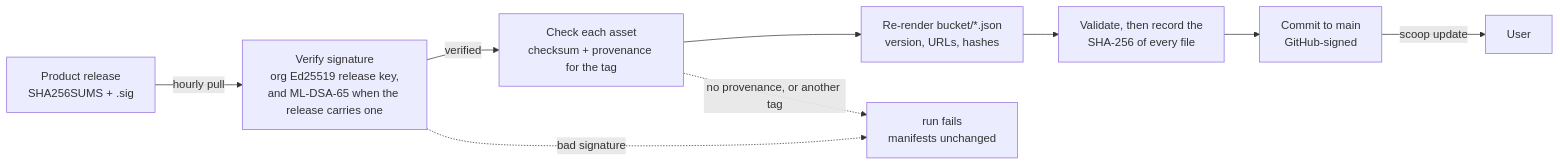
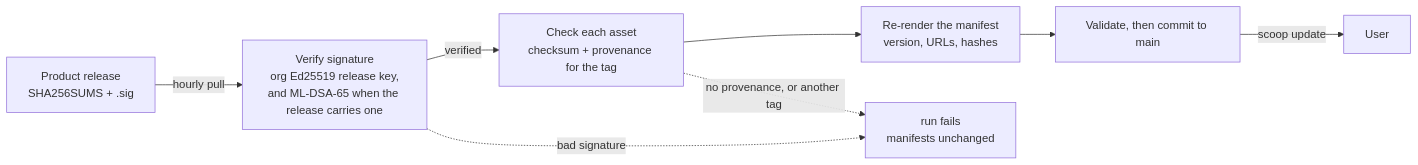
One commit to Glyndor/scoop-bucket changed the diagram in README.md. Above: the diagram before and after it, drawn with Mermaid. The commit also changed other lines of this file, not shown here.

````diff
--- a/README.md
+++ b/README.md
@@ -60,11 +70,10 @@
 ```mermaid
 flowchart LR
   R["Product release<br/>SHA256SUMS + .sig"] -->|hourly pull| V["Verify signature<br/>org Ed25519 release key,<br/>and ML-DSA-65 when the release carries one"]
   V -->|verified| P["Check each asset<br/>checksum + provenance for the tag"]
-  P --> G["Re-render bucket/*.json<br/>version, URLs, hashes"]
-  G --> D["Validate, then record the<br/>SHA-256 of every file"]
-  D --> C["Commit to main<br/>GitHub-signed"]
+  P --> G["Re-render the manifest<br/>version, URLs, hashes"]
+  G --> C["Validate, then commit to main"]
   C -->|scoop update| U["User"]
   V -.->|bad signature| X["run fails<br/>manifests unchanged"]
   P -.->|no provenance, or another tag| X
 ```
````
